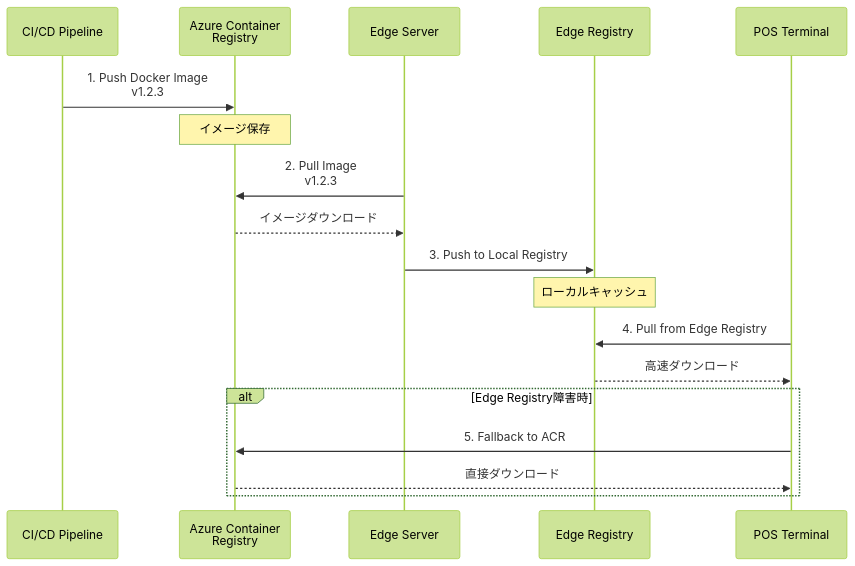
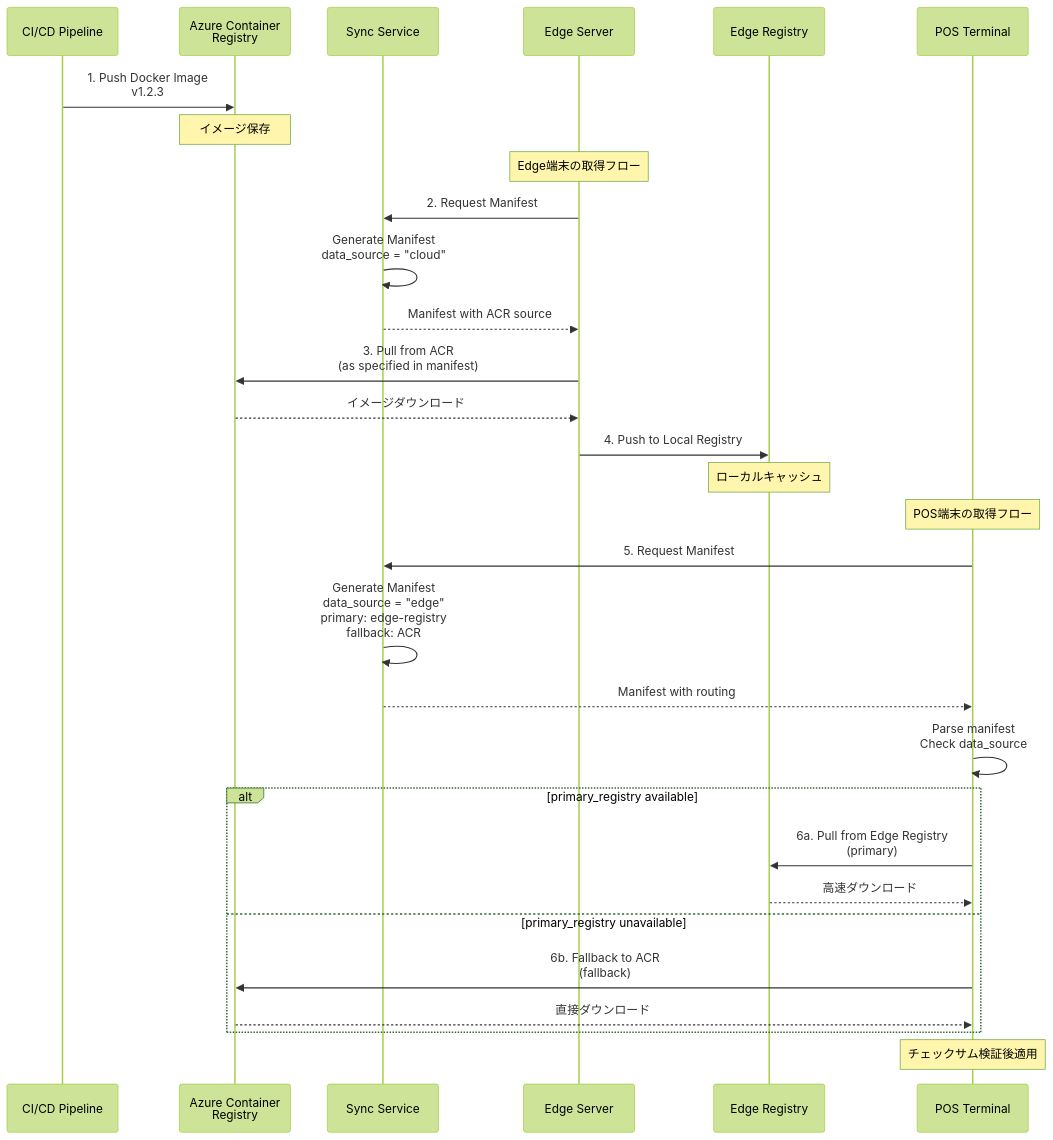
One commit to gaocuiping/kugelpos-stpos-docs-new changed the fourth of 14 diagrams in notes/2-upgrade/03_アーキテクチャ解説書.md. Above: the diagram before and after it, drawn with Mermaid (forest theme). The commit also changed other lines of this file and 2 other files, not shown here.

First line of the commit message:
docs: Update version check interval to 15 minutes

````diff
--- a/notes/2-upgrade/03_アーキテクチャ解説書.md
+++ b/notes/2-upgrade/03_アーキテクチャ解説書.md
@@ -409,25 +409,40 @@
 ```mermaid
 sequenceDiagram
     participant CI as CI/CD Pipeline
     participant ACR as Azure Container<br/>Registry
+    participant SYNC as Sync Service
     participant EDGE as Edge Server
     participant ER as Edge Registry
     participant POS as POS Terminal
 
     CI->>ACR: 1. Push Docker Image<br/>v1.2.3
     Note over ACR: イメージ保存
 
-    EDGE->>ACR: 2. Pull Image<br/>v1.2.3
+    Note over EDGE: Edge端末の取得フロー
+
+    EDGE->>SYNC: 2. Request Manifest
+    SYNC->>SYNC: Generate Manifest<br/>data_source = "cloud"
+    SYNC-->>EDGE: Manifest with ACR source
+    EDGE->>ACR: 3. Pull from ACR<br/>(as specified in manifest)
     ACR-->>EDGE: イメージダウンロード
-
-    EDGE->>ER: 3. Push to Local Registry
+    EDGE->>ER: 4. Push to Local Registry
     Note over ER: ローカルキャッシュ
 
-    POS->>ER: 4. Pull from Edge Registry
-    ER-->>POS: 高速ダウンロード
+    Note over POS: POS端末の取得フロー
 
-    alt Edge Registry障害時
-        POS->>ACR: 5. Fallback to ACR
+    POS->>SYNC: 5. Request Manifest
+    SYNC->>SYNC: Generate Manifest<br/>data_source = "edge"<br/>primary: edge-registry<br/>fallback: ACR
+    SYNC-->>POS: Manifest with routing
+
+    POS->>POS: Parse manifest<br/>Check data_source
+
+    alt primary_registry available
+        POS->>ER: 6a. Pull from Edge Registry<br/>(primary)
+        ER-->>POS: 高速ダウンロード
+    else primary_registry unavailable
+        POS->>ACR: 6b. Fallback to ACR<br/>(fallback)
         ACR-->>POS: 直接ダウンロード
     end
+
+    Note over POS: チェックサム検証後適用
 ```
````
